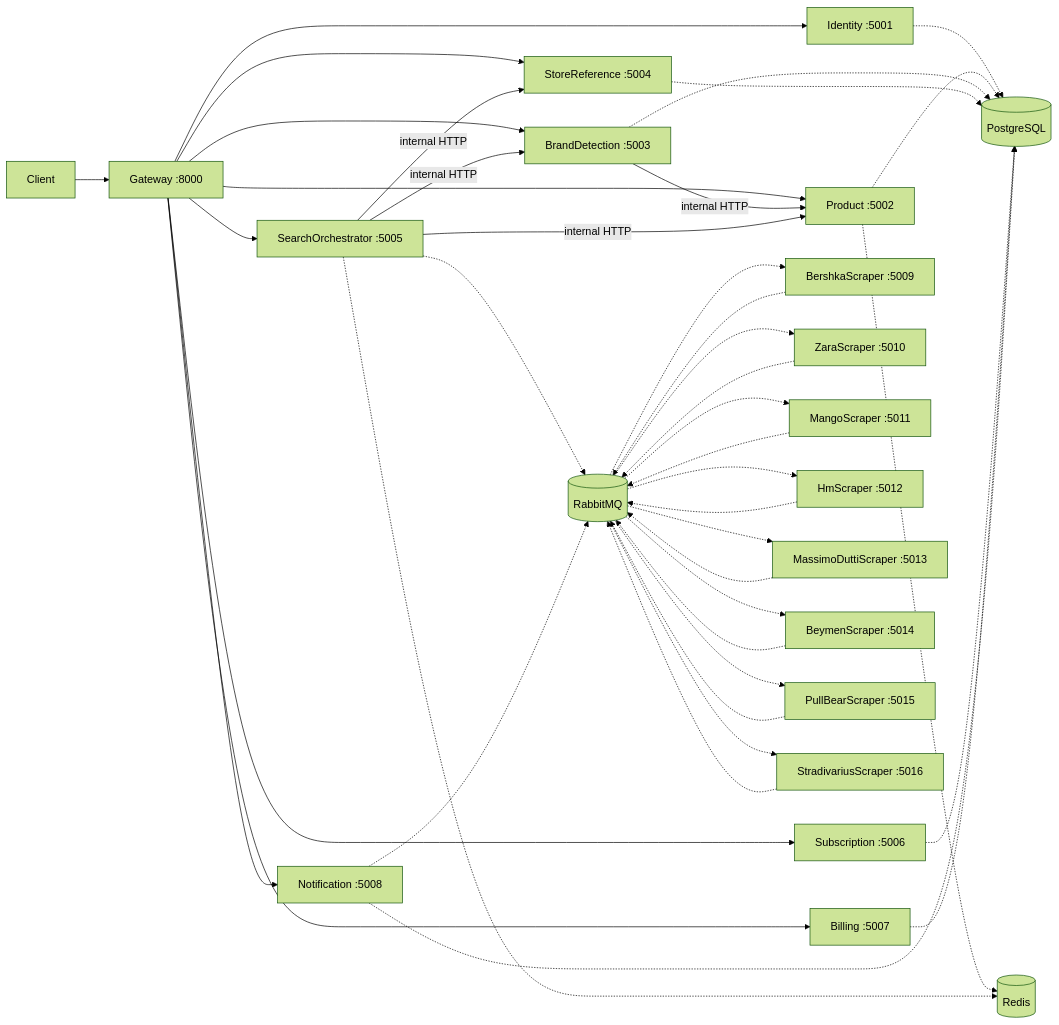
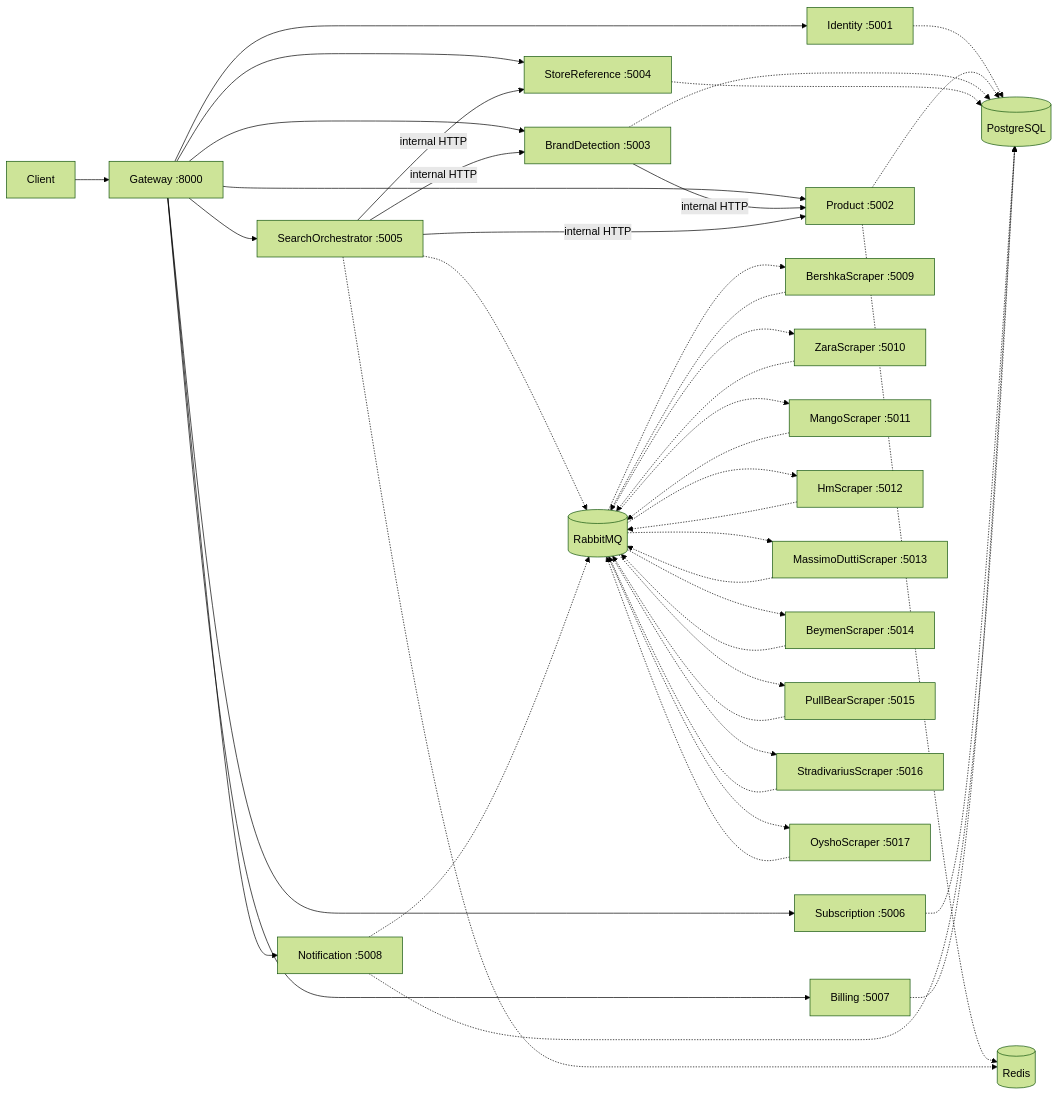
One commit to hnbirsen/StockTracker changed the diagram in README.md. Above: the diagram before and after it, drawn with Mermaid (forest theme). The commit also changed other lines of this file and 31 other files, not shown here.

````diff
--- a/README.md
+++ b/README.md
@@ -25,47 +25,49 @@
 ```mermaid
 flowchart LR
     Client[Client] --> Gateway[Gateway :8000]
 
     Gateway --> Identity[Identity :5001]
     Gateway --> Product[Product :5002]
     Gateway --> Brand[BrandDetection :5003]
     Gateway --> Store[StoreReference :5004]
     Gateway --> Search[SearchOrchestrator :5005]
     Gateway --> Subscription[Subscription :5006]
     Gateway --> Billing[Billing :5007]
     Gateway --> Notification[Notification :5008]
 
     Brand -->|internal HTTP| Product
     Search -->|internal HTTP| Product
     Search -->|internal HTTP| Brand
     Search -->|internal HTTP| Store
 
     Identity -.-> PG[(PostgreSQL)]
     Product -.-> PG
     Brand -.-> PG
     Store -.-> PG
     Subscription -.-> PG
     Billing -.-> PG
     Notification -.-> PG
 
     Product -.-> Redis[(Redis)]
     Search -.-> Redis
     Search -.-> MQ[(RabbitMQ)]
     Notification -.-> MQ
     MQ -.-> Scraper[BershkaScraper :5009]
     Scraper -.-> MQ
     MQ -.-> ZaraScraper[ZaraScraper :5010]
     ZaraScraper -.-> MQ
     MQ -.-> MangoScraper[MangoScraper :5011]
     MangoScraper -.-> MQ
     MQ -.-> HmScraper[HmScraper :5012]
     HmScraper -.-> MQ
     MQ -.-> MassimoDuttiScraper[MassimoDuttiScraper :5013]
     MassimoDuttiScraper -.-> MQ
     MQ -.-> BeymenScraper[BeymenScraper :5014]
     BeymenScraper -.-> MQ
     MQ -.-> PullBearScraper[PullBearScraper :5015]
     PullBearScraper -.-> MQ
     MQ -.-> StradivariusScraper[StradivariusScraper :5016]
     StradivariusScraper -.-> MQ
+    MQ -.-> OyshoScraper[OyshoScraper :5017]
+    OyshoScraper -.-> MQ
 ```
````
